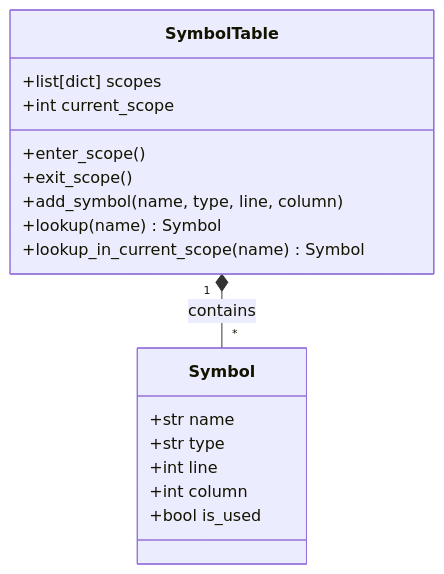
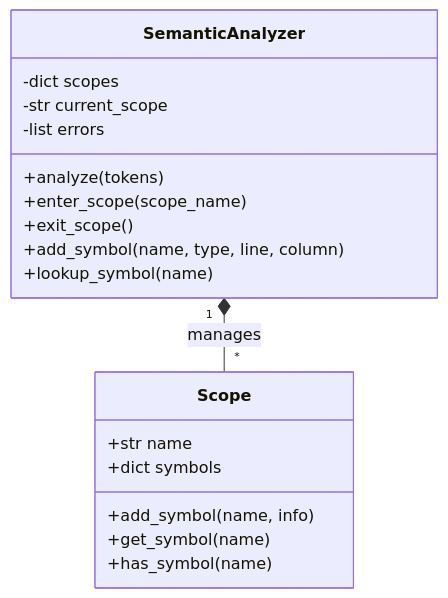
The second of 3 diagrams in SEMANTIC_ANALYZER.md (IrigoyenCodes/ABET-SO1-M1-Computer-Theory), drawn with Mermaid before and after one commit. The commit also changed other lines of this file and 16 other files, not shown here.

````diff
--- a/SEMANTIC_ANALYZER.md
+++ b/SEMANTIC_ANALYZER.md
@@ -82,22 +137,23 @@
 ```mermaid
 classDiagram
-    class SymbolTable {
-        +list[dict] scopes
-        +int current_scope
-        +enter_scope()
+    class SemanticAnalyzer {
+        -dict scopes
+        -str current_scope
+        -list errors
+        +analyze(tokens)
+        +enter_scope(scope_name)
         +exit_scope()
         +add_symbol(name, type, line, column)
-        +lookup(name) Symbol
-        +lookup_in_current_scope(name) Symbol
+        +lookup_symbol(name)
     }
     
-    class Symbol {
+    class Scope {
         +str name
-        +str type
-        +int line
-        +int column
-        +bool is_used
+        +dict symbols
+        +add_symbol(name, info)
+        +get_symbol(name)
+        +has_symbol(name)
     }
     
-    SymbolTable "1" *-- "*" Symbol : contains
+    SemanticAnalyzer "1" *-- "*" Scope : manages
 ```
````
